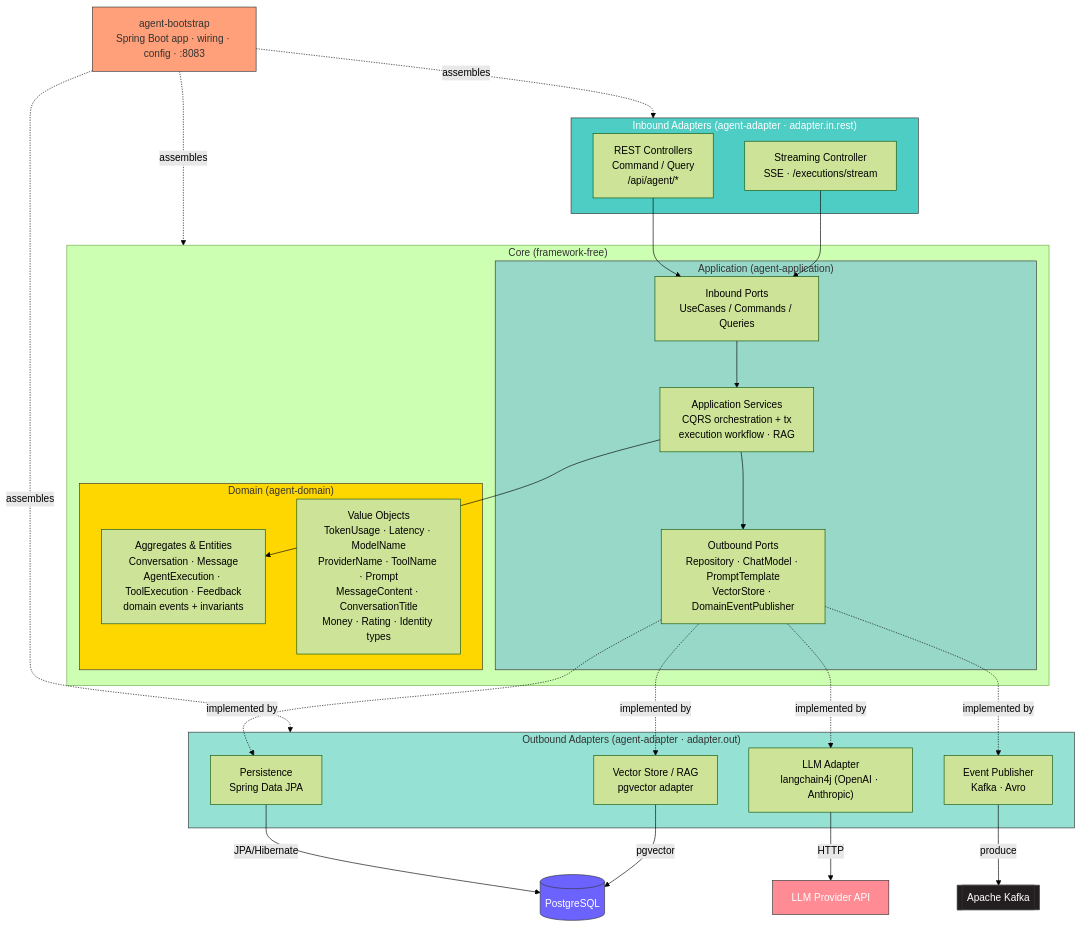
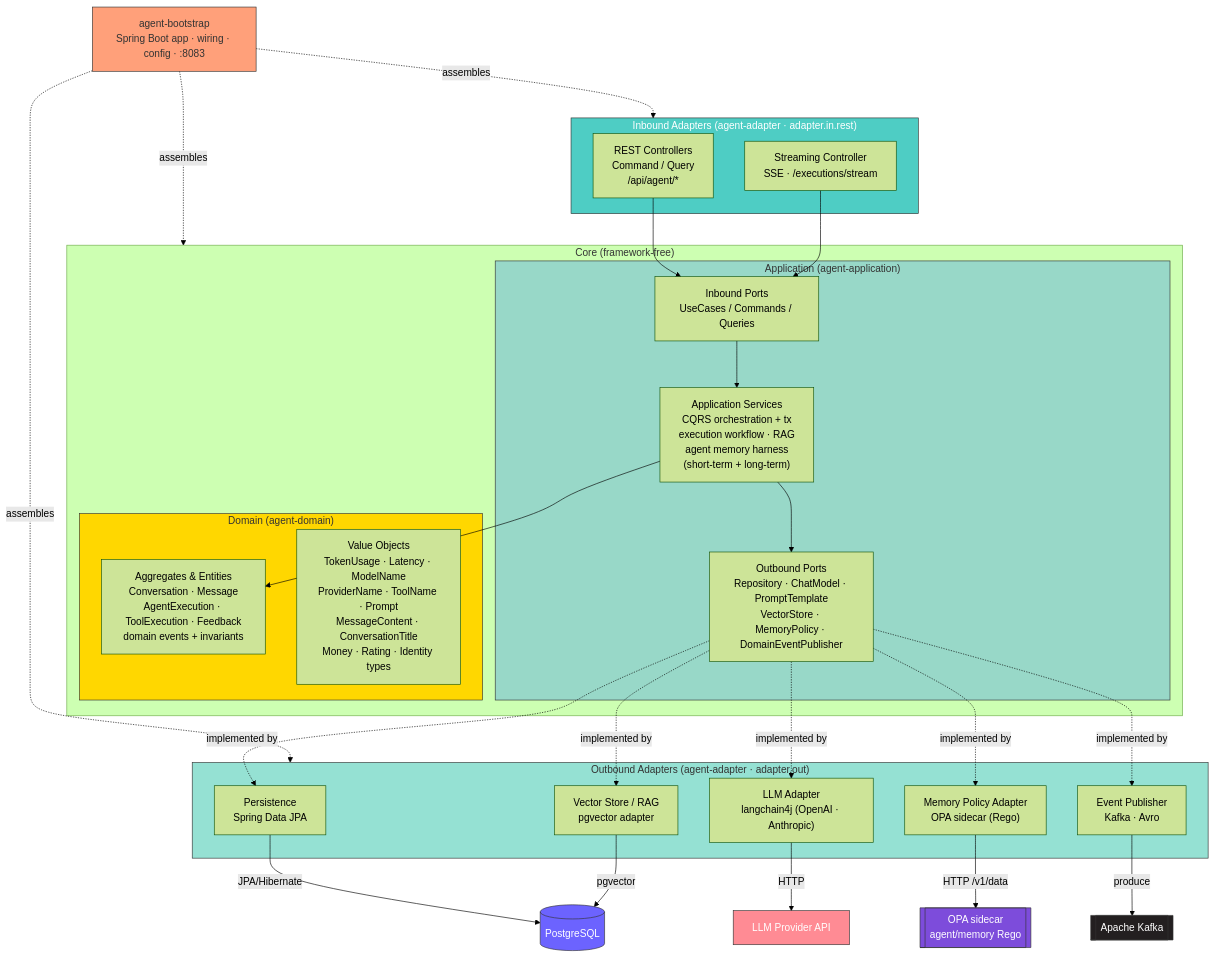
Before and after one commit to huzaifa678/agent-service: the diagram in README.md, drawn with Mermaid (forest theme). The commit also changed other lines of this file, not shown here.

Commit message:
docs(readme): document API versioning, streaming, RAG, and the memory harness

````diff
--- a/README.md
+++ b/README.md
@@ -14,55 +14,59 @@
 ```mermaid
 graph TD
     subgraph Driving["Inbound Adapters (agent-adapter · adapter.in.rest)"]
         REST["REST Controllers<br/>Command / Query<br/>/api/agent/*"]
         SSE["Streaming Controller<br/>SSE · /executions/stream"]
     end
 
     subgraph Core["Core (framework-free)"]
         subgraph App["Application (agent-application)"]
             InPorts["Inbound Ports<br/>UseCases / Commands / Queries"]
-            Services["Application Services<br/>CQRS orchestration + tx<br/>execution workflow · RAG"]
-            OutPorts["Outbound Ports<br/>Repository · ChatModel · PromptTemplate<br/>VectorStore · DomainEventPublisher"]
+            Services["Application Services<br/>CQRS orchestration + tx<br/>execution workflow · RAG<br/>agent memory harness<br/>(short-term + long-term)"]
+            OutPorts["Outbound Ports<br/>Repository · ChatModel · PromptTemplate<br/>VectorStore · MemoryPolicy · DomainEventPublisher"]
         end
         subgraph Domain["Domain (agent-domain)"]
             Model["Aggregates & Entities<br/>Conversation · Message<br/>AgentExecution · ToolExecution · Feedback<br/>domain events + invariants"]
             VOs["Value Objects<br/>TokenUsage · Latency · ModelName<br/>ProviderName · ToolName · Prompt<br/>MessageContent · ConversationTitle<br/>Money · Rating · Identity types"]
         end
     end
 
     subgraph Driven["Outbound Adapters (agent-adapter · adapter.out)"]
         Persistence["Persistence<br/>Spring Data JPA"]
         Llm["LLM Adapter<br/>langchain4j (OpenAI · Anthropic)"]
         Vector["Vector Store / RAG<br/>pgvector adapter"]
+        Policy["Memory Policy Adapter<br/>OPA sidecar (Rego)"]
         EventOut["Event Publisher<br/>Kafka · Avro"]
     end
 
     REST --> InPorts
     SSE --> InPorts
     InPorts --> Services
     Services --> Model
     Services --> OutPorts
 
     OutPorts -. implemented by .-> Persistence
     OutPorts -. implemented by .-> Llm
     OutPorts -. implemented by .-> Vector
+    OutPorts -. implemented by .-> Policy
     OutPorts -. implemented by .-> EventOut
 
     Persistence -->|JPA/Hibernate| PG[("PostgreSQL")]
     Vector -->|pgvector| PG
     Llm -->|HTTP| LLM["LLM Provider API"]
+    Policy -->|HTTP /v1/data| OPA[["OPA sidecar<br/>agent/memory Rego"]]
     EventOut -->|produce| Kafka[["Apache Kafka"]]
 
     Boot["agent-bootstrap<br/>Spring Boot app · wiring · config · :8083"] -.->|assembles| Core
     Boot -.->|assembles| Driving
     Boot -.->|assembles| Driven
 
     style Domain fill:#FFD700,stroke:#333,color:#333
     style App fill:#98D8C8,stroke:#333,color:#333
     style Driving fill:#4ECDC4,stroke:#333,color:#fff
     style Driven fill:#95E1D3,stroke:#333,color:#333
     style Boot fill:#FFA07A,stroke:#333,color:#333
     style PG fill:#6C63FF,stroke:#333,color:#fff
     style LLM fill:#FF8B94,stroke:#333,color:#fff
     style Kafka fill:#231F20,stroke:#333,color:#fff
+    style OPA fill:#7D4CDB,stroke:#333,color:#fff
 ```
````
